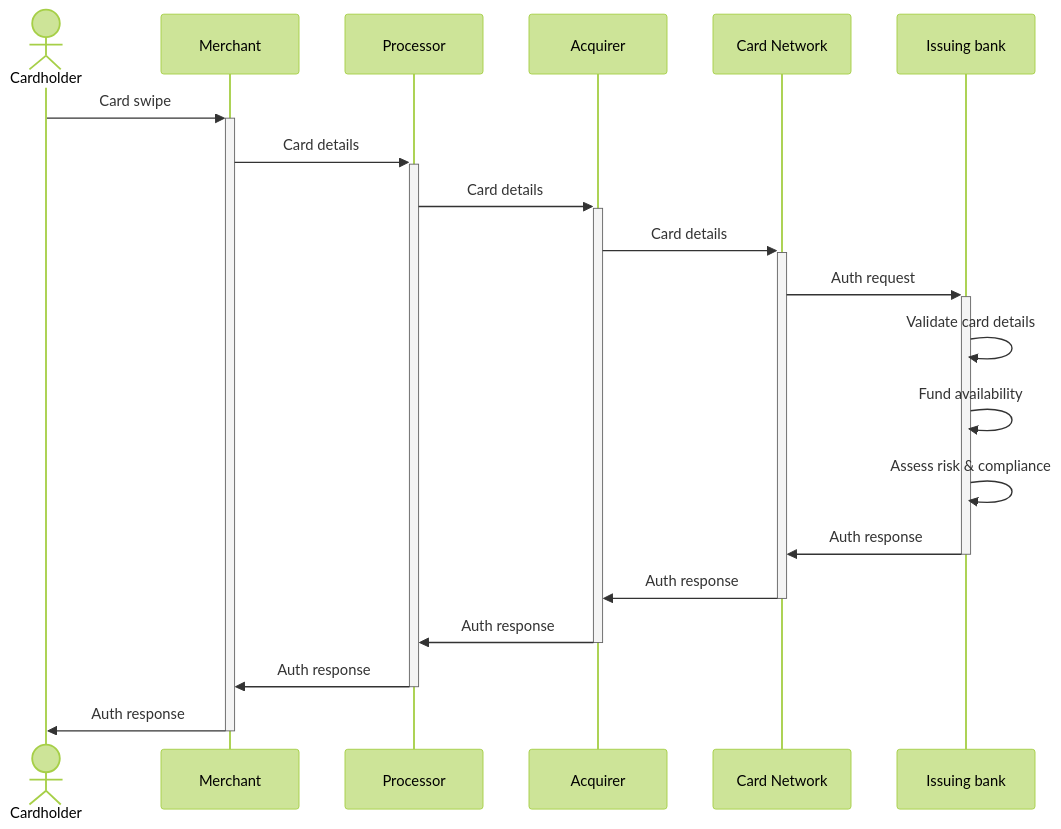
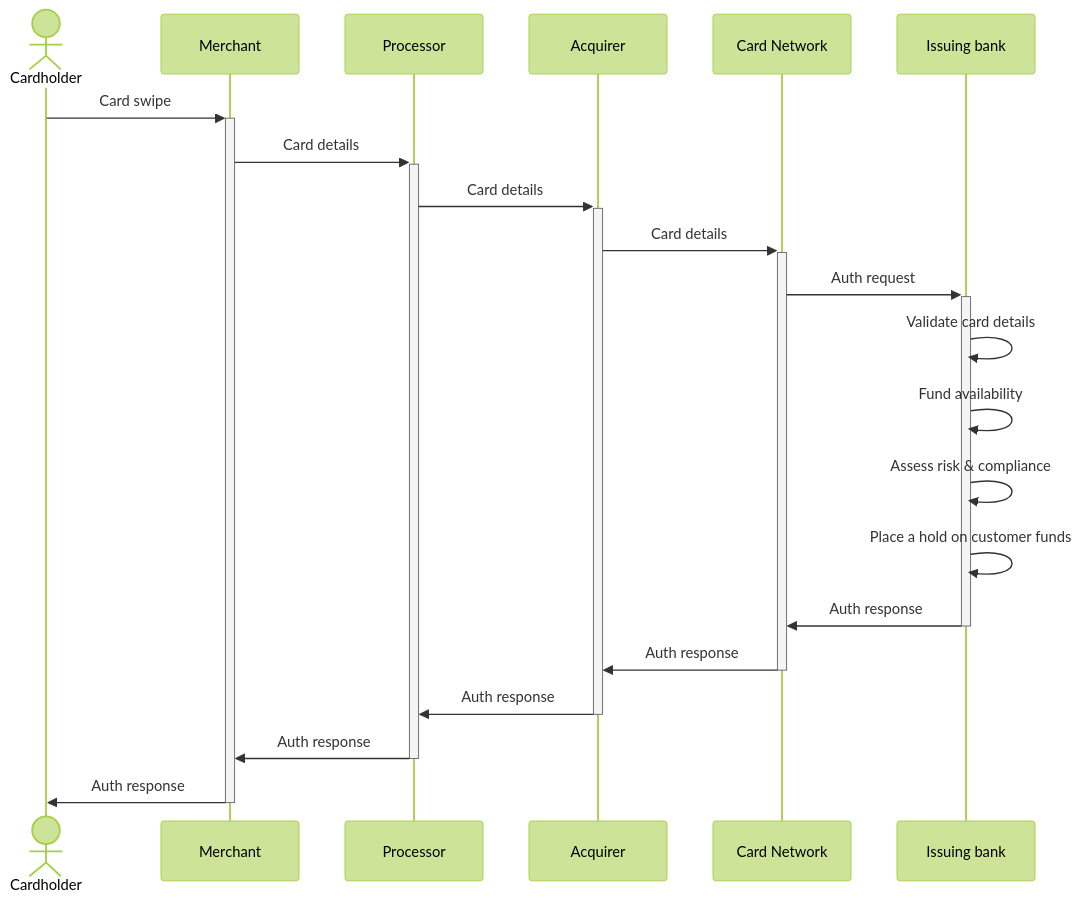
Before and after one commit to sans-github/card-processing-101: the diagram in auth.md, drawn with Mermaid (forest theme).

````diff
--- a/auth.md
+++ b/auth.md
@@ -2,17 +2,18 @@
 ```mermaid
   sequenceDiagram
-    actor Cardholder
-    Cardholder->>+Merchant: Card swipe
-    Merchant->>+Processor: Card details 
-    Processor->>+Acquirer: Card details
-    Acquirer->>+Card Network: Card details
-    Card Network->>+Issuing bank: Auth request
-    Issuing bank->>Issuing bank: Validate card details
-    Issuing bank->>Issuing bank: Fund availability
-    Issuing bank->>Issuing bank: Assess risk & compliance
-    Issuing bank->>-Card Network: Auth response
-    Card Network->>-Acquirer: Auth response
-    Acquirer->>-Processor: Auth response
-    Processor->>-Merchant: Auth response
-    Merchant->>-Cardholder: Auth response
+      actor Cardholder
+      Cardholder->>+Merchant: Card swipe
+      Merchant->>+Processor: Card details 
+      Processor->>+Acquirer: Card details
+      Acquirer->>+Card Network: Card details
+      Card Network->>+Issuing bank: Auth request
+      Issuing bank->>Issuing bank: Validate card details
+      Issuing bank->>Issuing bank: Fund availability
+      Issuing bank->>Issuing bank: Assess risk & compliance
+      Issuing bank->>Issuing bank: Place a hold on customer funds
+      Issuing bank->>-Card Network: Auth response
+      Card Network->>-Acquirer: Auth response
+      Acquirer->>-Processor: Auth response
+      Processor->>-Merchant: Auth response
+      Merchant->>-Cardholder: Auth response
   ```
````
